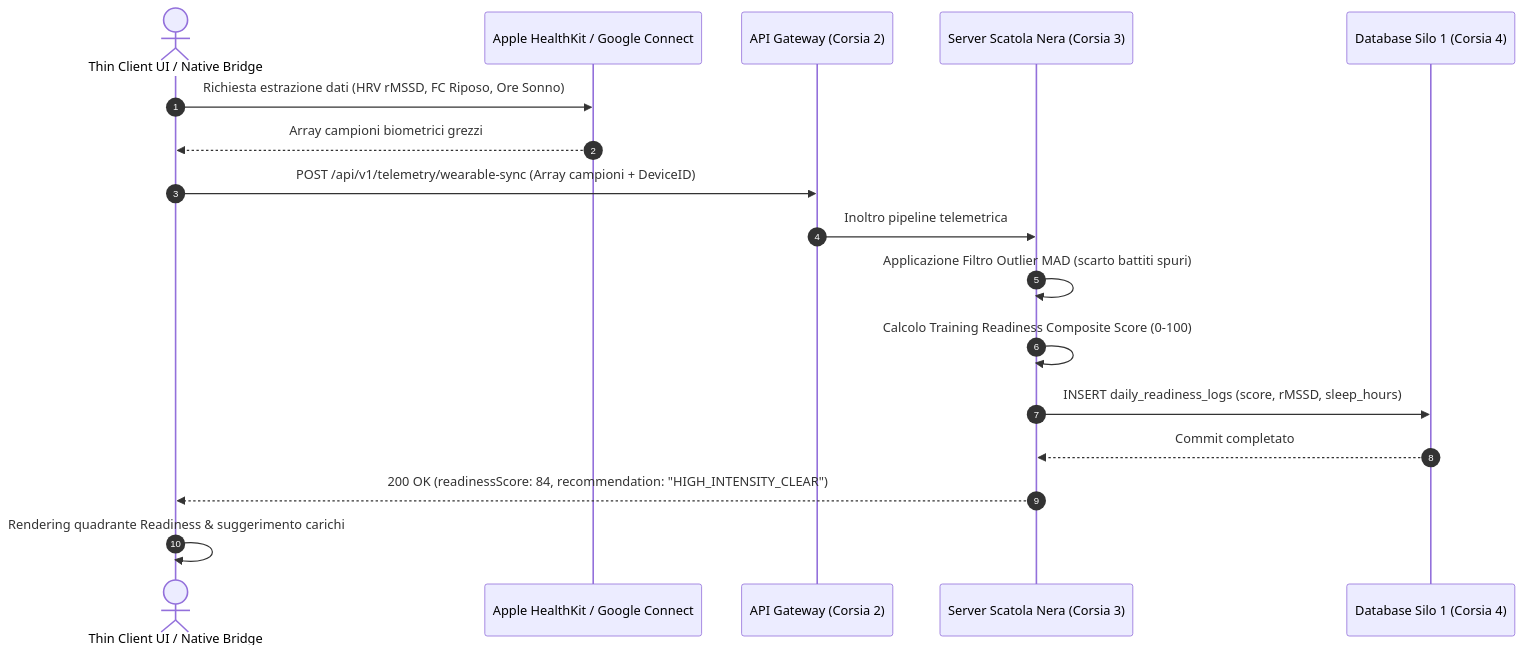
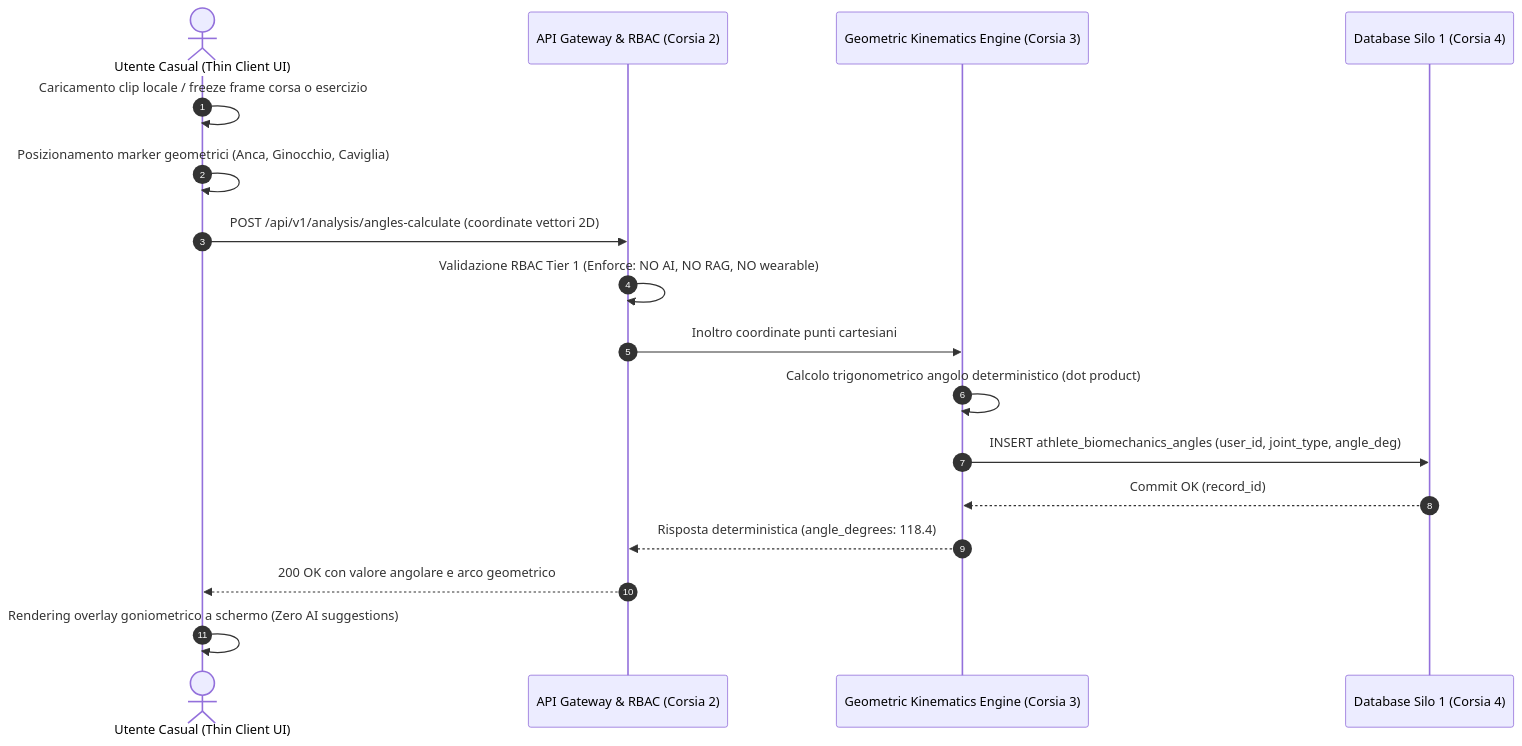
One commit to sportscience2025-star/Sports-Analytics-Platform---T7-Workout-APP changed the diagram in architecture-blueprint/00-capitolato-tecnico-e-glossario/04-software-1-flow-4a-wearable-sync.md. Above: the diagram before and after it, drawn with Mermaid. The commit also changed other lines of this file and 13 other files, not shown here.

Commit message:
feat: reorganize Data Analisi Miro flows (#04, #10, #16), specs, and approved rules

````diff
--- a/architecture-blueprint/00-capitolato-tecnico-e-glossario/04-software-1-flow-4a-wearable-sync.md
+++ b/architecture-blueprint/00-capitolato-tecnico-e-glossario/04-software-1-flow-4a-wearable-sync.md
@@ -49,20 +48,20 @@
 ```mermaid
 sequenceDiagram
     autonumber
-    actor Utente as Thin Client UI / Native Bridge
-    participant WAPI as Apple HealthKit / Google Connect
-    participant GW as API Gateway (Corsia 2)
-    participant SRV as Server Scatola Nera (Corsia 3)
+    actor Utente as Utente Casual (Thin Client UI)
+    participant GW as API Gateway & RBAC (Corsia 2)
+    participant GEO as Geometric Kinematics Engine (Corsia 3)
     participant DB as Database Silo 1 (Corsia 4)
 
-    Utente->>WAPI: Richiesta estrazione dati (HRV rMSSD, FC Riposo, Ore Sonno)
-    WAPI-->>Utente: Array campioni biometrici grezzi
-    Utente->>GW: POST /api/v1/telemetry/wearable-sync (Array campioni + DeviceID)
-    GW->>SRV: Inoltro pipeline telemetrica
-    SRV->>SRV: Applicazione Filtro Outlier MAD (scarto battiti spuri)
-    SRV->>SRV: Calcolo Training Readiness Composite Score (0-100)
-    SRV->>DB: INSERT daily_readiness_logs (score, rMSSD, sleep_hours)
-    DB-->>SRV: Commit completato
-    SRV-->>Utente: 200 OK (readinessScore: 84, recommendation: "HIGH_INTENSITY_CLEAR")
-    Utente->>Utente: Rendering quadrante Readiness & suggerimento carichi
+    Utente->>Utente: Caricamento clip locale / freeze frame corsa o esercizio
+    Utente->>Utente: Posizionamento marker geometrici (Anca, Ginocchio, Caviglia)
+    Utente->>GW: POST /api/v1/analysis/angles-calculate (coordinate vettori 2D)
+    GW->>GW: Validazione RBAC Tier 1 (Enforce: NO AI, NO RAG, NO wearable)
+    GW->>GEO: Inoltro coordinate punti cartesiani
+    GEO->>GEO: Calcolo trigonometrico angolo deterministico (dot product)
+    GEO->>DB: INSERT athlete_biomechanics_angles (user_id, joint_type, angle_deg)
+    DB-->>GEO: Commit OK (record_id)
+    GEO-->>GW: Risposta deterministica (angle_degrees: 118.4)
+    GW-->>Utente: 200 OK con valore angolare e arco geometrico
+    Utente->>Utente: Rendering overlay goniometrico a schermo (Zero AI suggestions)
 ```
````
